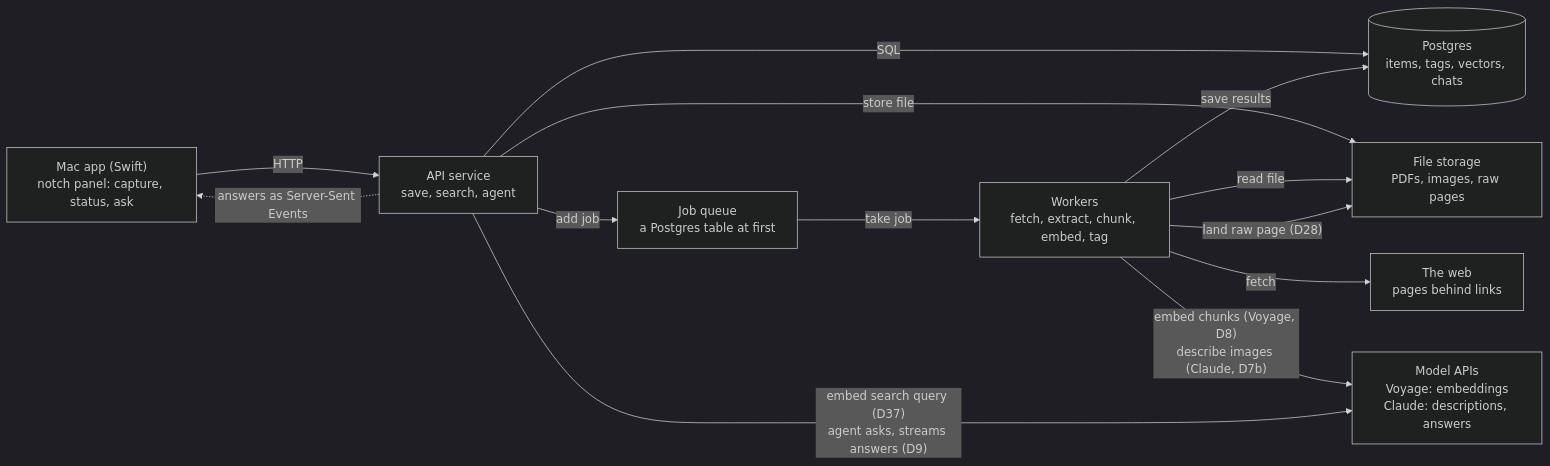
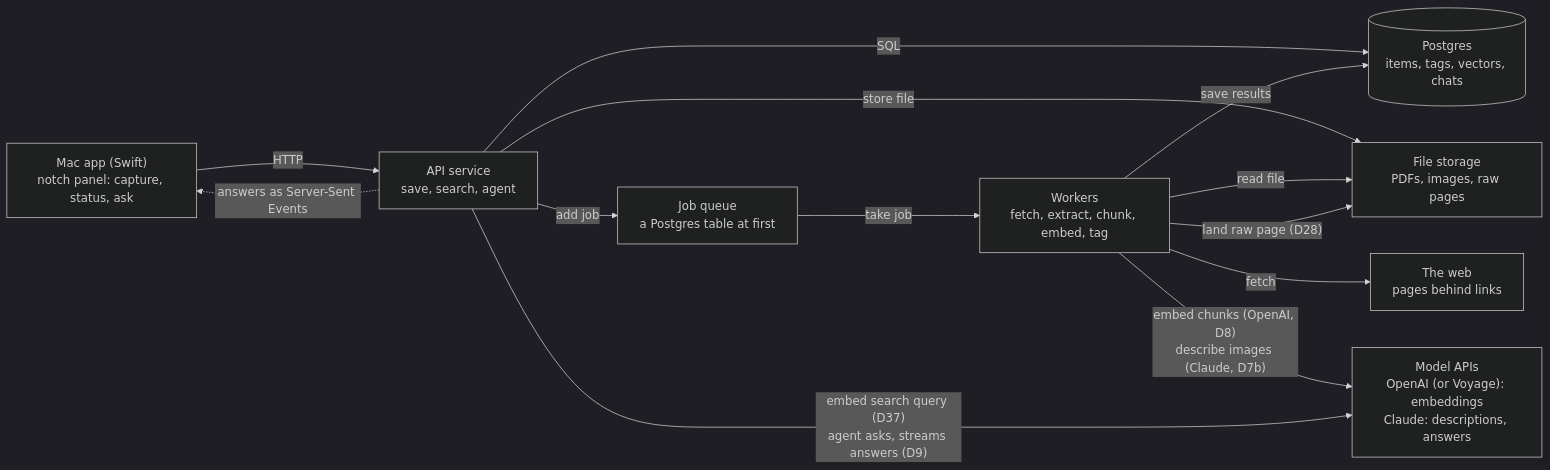
The diagram in docs/plan/architecture.md (sxnfer/mind-dump), drawn with Mermaid (dark theme) before and after one commit. The commit also changed other lines of this file and 33 other files, not shown here.

First line of the commit message:
D8: OpenAI embeddings by default, Voyage selectable

````diff
--- a/docs/plan/architecture.md
+++ b/docs/plan/architecture.md
@@ -7,15 +7,15 @@
 ```mermaid
 flowchart LR
     App["Mac app (Swift)<br/>notch panel: capture, status, ask"] -- HTTP --> API["API service<br/>save, search, agent"]
     API -- SQL --> DB[("Postgres<br/>items, tags, vectors, chats")]
     API -- "add job" --> Q["Job queue<br/>a Postgres table at first"]
     API -- "store file" --> FS["File storage<br/>PDFs, images, raw pages"]
     Q -- "take job" --> W["Workers<br/>fetch, extract, chunk, embed, tag"]
     W -- "save results" --> DB
     W -- "read file" --> FS
     W -- fetch --> WEB["The web<br/>pages behind links"]
     W -- "land raw page (D28)" --> FS
-    W -- "embed chunks (Voyage, D8)<br/>describe images (Claude, D7b)" --> M["Model APIs<br/>Voyage: embeddings<br/>Claude: descriptions, answers"]
+    W -- "embed chunks (OpenAI, D8)<br/>describe images (Claude, D7b)" --> M["Model APIs<br/>OpenAI (or Voyage): embeddings<br/>Claude: descriptions, answers"]
     API -- "embed search query (D37)<br/>agent asks, streams answers (D9)" --> M
     API -. "answers as Server-Sent Events" .-> App
 ```
````
